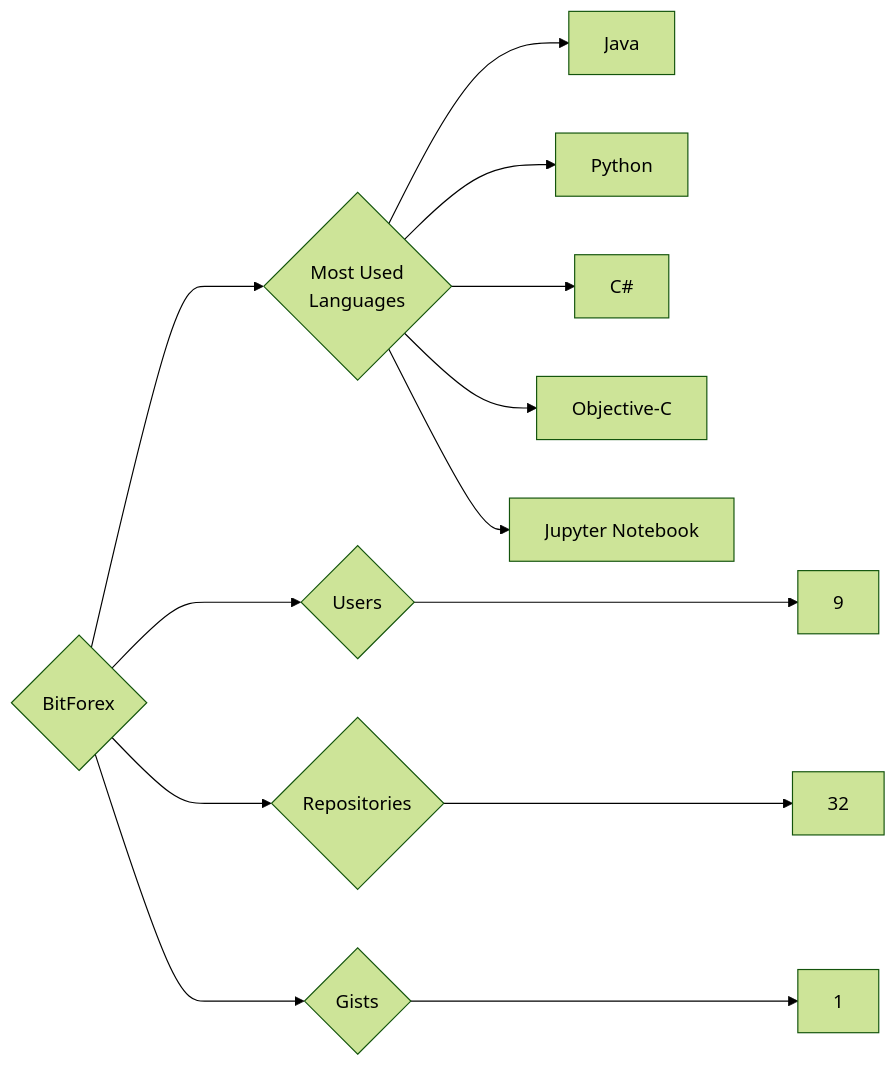
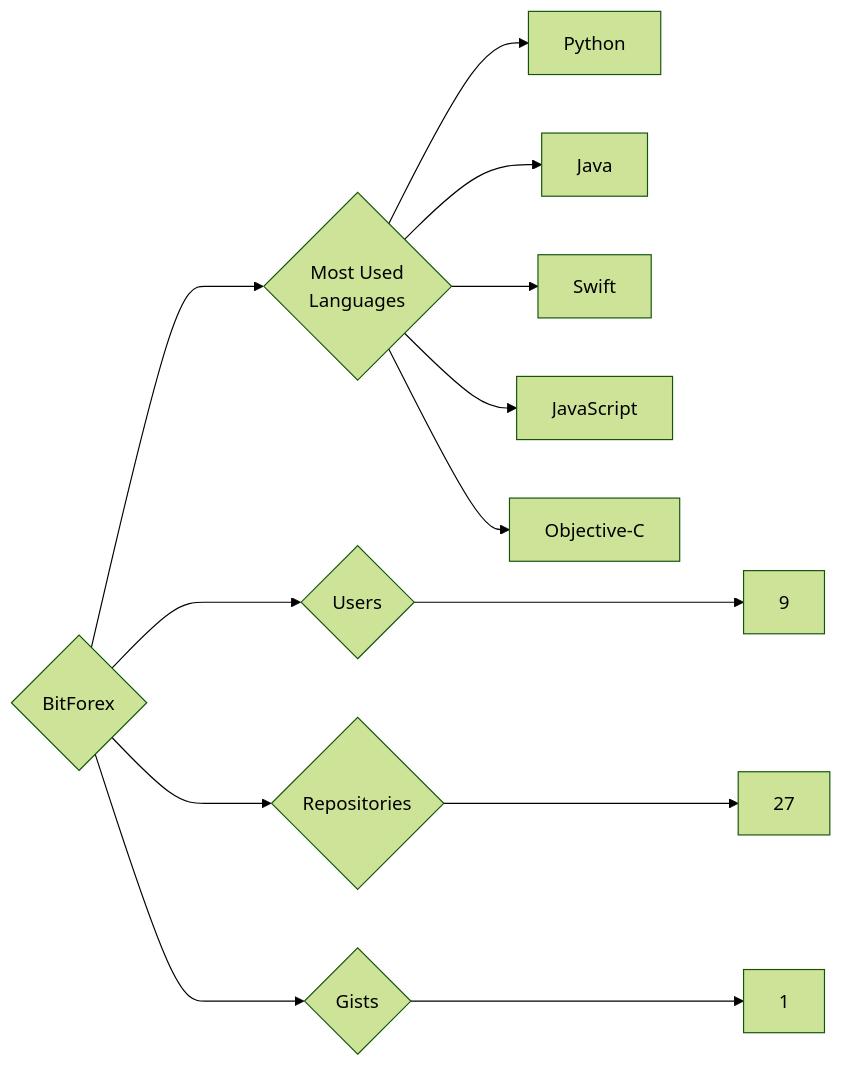
One commit to trickest/insiders changed the diagram in targets/BitForex/README.md. Above: the diagram before and after it, drawn with Mermaid (forest theme). The commit also changed 873 other files, not shown here.

````diff
--- a/targets/BitForex/README.md
+++ b/targets/BitForex/README.md
@@ -3,13 +3,13 @@
 ```mermaid
 graph LR
 COMPANY_NAME{BitForex}
 COMPANY_NAME ---> U{Users} ---> UN[9]
-COMPANY_NAME ---> R{Repositories} ---> RN[32]
+COMPANY_NAME ---> R{Repositories} ---> RN[27]
 COMPANY_NAME ---> G{Gists} ---> GN[1]
 COMPANY_NAME ---> ML{Most Used<br>Languages}
+ML --> Python[Python]
 ML --> Java[Java]
-ML --> Python[Python]
-ML --> C#[C#]
+ML --> Swift[Swift]
+ML --> JavaScript[JavaScript]
 ML --> Objective-C[Objective-C]
-ML --> Jupyter_Notebook[Jupyter Notebook]
 ```
````
